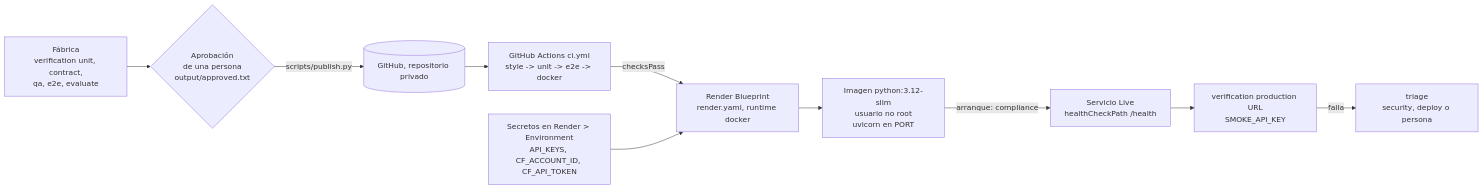
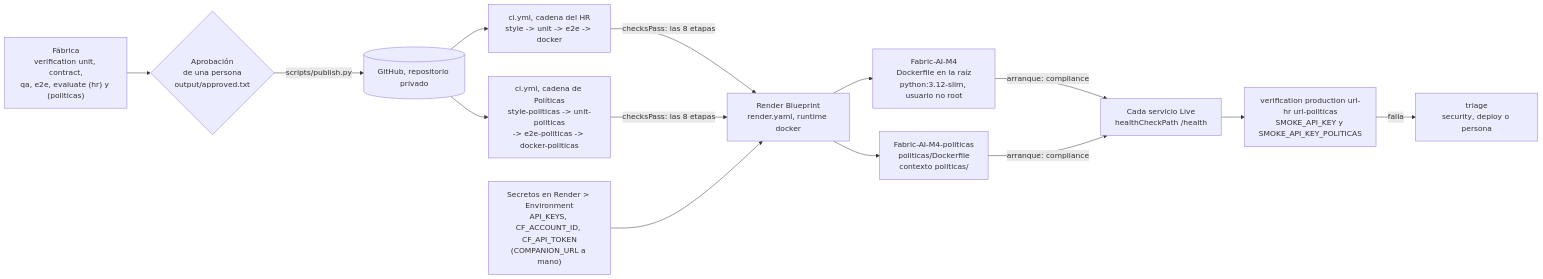
One commit to EAPH96/Fabric-AI-M4 changed the fifth of 5 diagrams in doc/architecture.md. Above: the diagram before and after it, drawn with Mermaid. The commit also changed other lines of this file and 49 other files, not shown here.

Commit message:
spec/06-politicas.md: segundo producto, Asistente de políticas de RH, como servicio aparte con su CI

````diff
--- a/doc/architecture.md
+++ b/doc/architecture.md
@@ -145,12 +150,16 @@
 ```mermaid
 flowchart LR
-    F["Fábrica<br/>verification unit, contract,<br/>qa, e2e, evaluate"] --> AP{"Aprobación<br/>de una persona<br/>output/approved.txt"}
+    F["Fábrica<br/>verification unit, contract,<br/>qa, e2e, evaluate (hr) y (politicas)"] --> AP{"Aprobación<br/>de una persona<br/>output/approved.txt"}
     AP -- "scripts/publish.py" --> GH[(GitHub, repositorio privado)]
-    GH --> CI["GitHub Actions ci.yml<br/>style -> unit -> e2e -> docker"]
-    CI -- "checksPass" --> RD["Render Blueprint<br/>render.yaml, runtime docker"]
-    SEC["Secretos en Render > Environment<br/>API_KEYS, CF_ACCOUNT_ID, CF_API_TOKEN"] --> RD
-    RD --> IMG["Imagen python:3.12-slim<br/>usuario no root<br/>uvicorn en PORT"]
-    IMG -- "arranque: compliance" --> LIVE["Servicio Live<br/>healthCheckPath /health"]
-    LIVE --> SM["verification production URL<br/>SMOKE_API_KEY"]
+    GH --> CI["ci.yml, cadena del HR<br/>style -> unit -> e2e -> docker"]
+    GH --> CIP["ci.yml, cadena de Políticas<br/>style-politicas -> unit-politicas<br/>-> e2e-politicas -> docker-politicas"]
+    CI -- "checksPass: las 8 etapas" --> RD["Render Blueprint<br/>render.yaml, runtime docker"]
+    CIP -- "checksPass: las 8 etapas" --> RD
+    SEC["Secretos en Render > Environment<br/>API_KEYS, CF_ACCOUNT_ID, CF_API_TOKEN<br/>(COMPANION_URL a mano)"] --> RD
+    RD --> IMG["Fabric-AI-M4<br/>Dockerfile en la raíz<br/>python:3.12-slim, usuario no root"]
+    RD --> IMGP["Fabric-AI-M4-politicas<br/>politicas/Dockerfile<br/>contexto politicas/"]
+    IMG -- "arranque: compliance" --> LIVE["Cada servicio Live<br/>healthCheckPath /health"]
+    IMGP -- "arranque: compliance" --> LIVE
+    LIVE --> SM["verification production url-hr url-politicas<br/>SMOKE_API_KEY y SMOKE_API_KEY_POLITICAS"]
     SM -- "falla" --> TRI["triage<br/>security, deploy o persona"]
 ```
````
